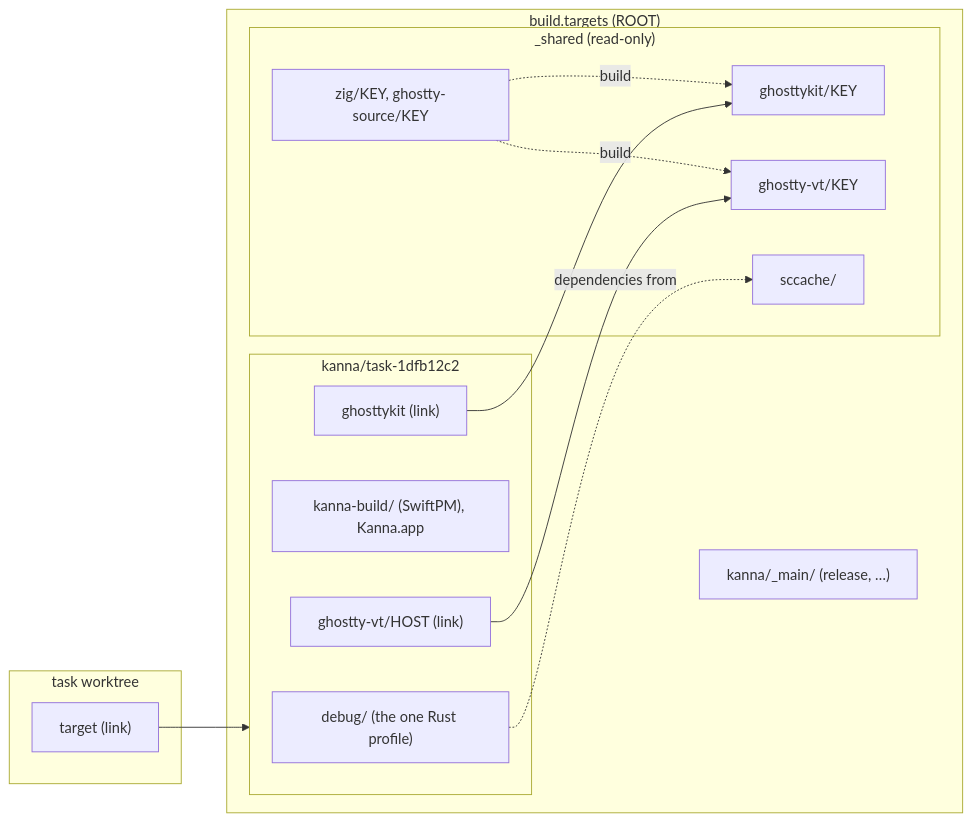
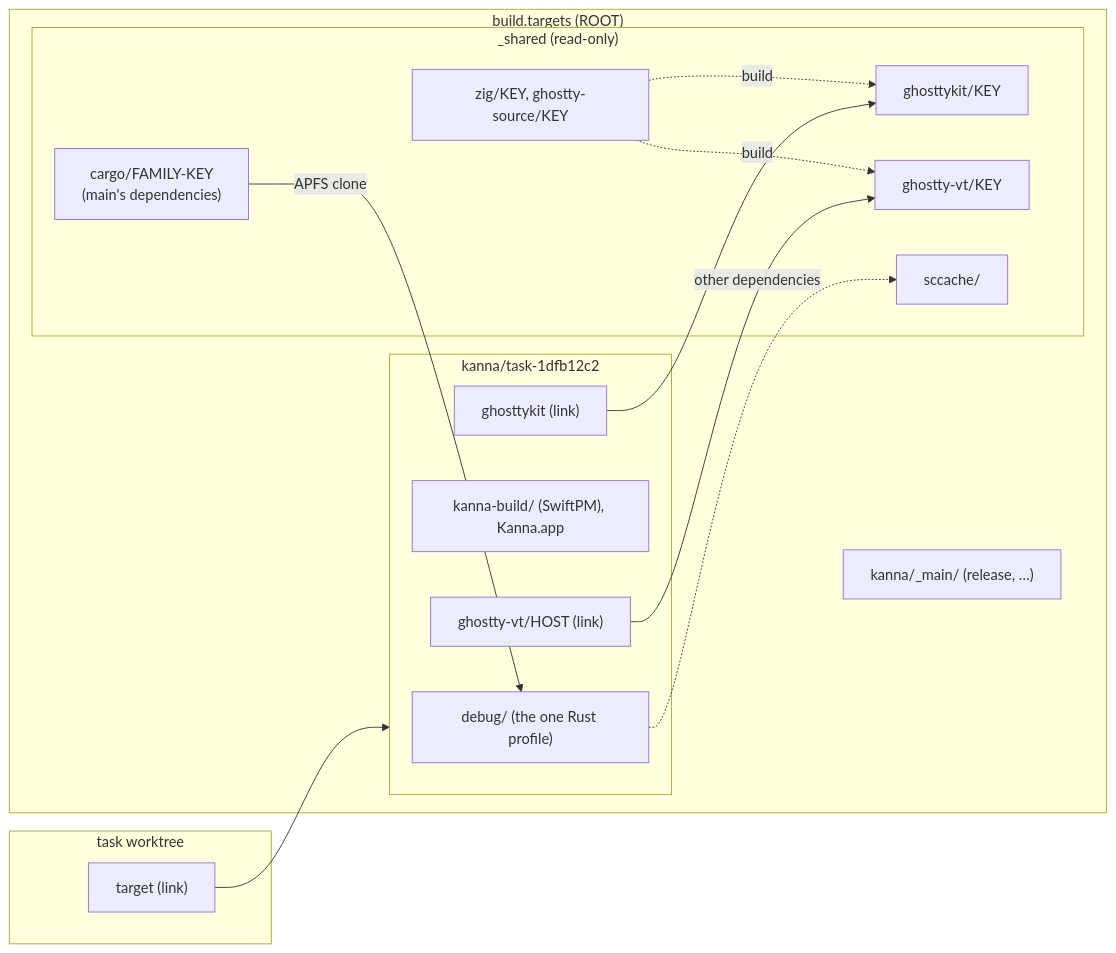
One commit to tampopogk/kanna changed the first of 4 diagrams in docs/specs/build-store.md. Above: the diagram before and after it, drawn with Mermaid. The commit also changed other lines of this file and 1 other file, not shown here.

````diff
--- a/docs/specs/build-store.md
+++ b/docs/specs/build-store.md
@@ -20,27 +20,29 @@
 ```mermaid
 flowchart LR
     subgraph W["task worktree"]
         T["target (link)"]
     end
     subgraph V["build.targets (ROOT)"]
         subgraph F["kanna/task-1dfb12c2"]
             D["debug/ (the one Rust profile)"]
             K["kanna-build/ (SwiftPM), Kanna.app"]
             GK["ghosttykit (link)"]
             GV["ghostty-vt/HOST (link)"]
         end
         subgraph S["_shared (read-only)"]
             SK["ghosttykit/KEY"]
             SV["ghostty-vt/KEY"]
             SZ["zig/KEY, ghostty-source/KEY"]
+            SD["cargo/FAMILY-KEY<br/>(main's dependencies)"]
             SC["sccache/"]
         end
         M["kanna/_main/ (release, …)"]
     end
     T --> F
     GK --> SK
     GV --> SV
-    D -. "dependencies from" .-> SC
+    SD -->|"APFS clone"| D
+    D -. "other dependencies" .-> SC
     SZ -. "build" .-> SK
     SZ -. "build" .-> SV
 ```
````
